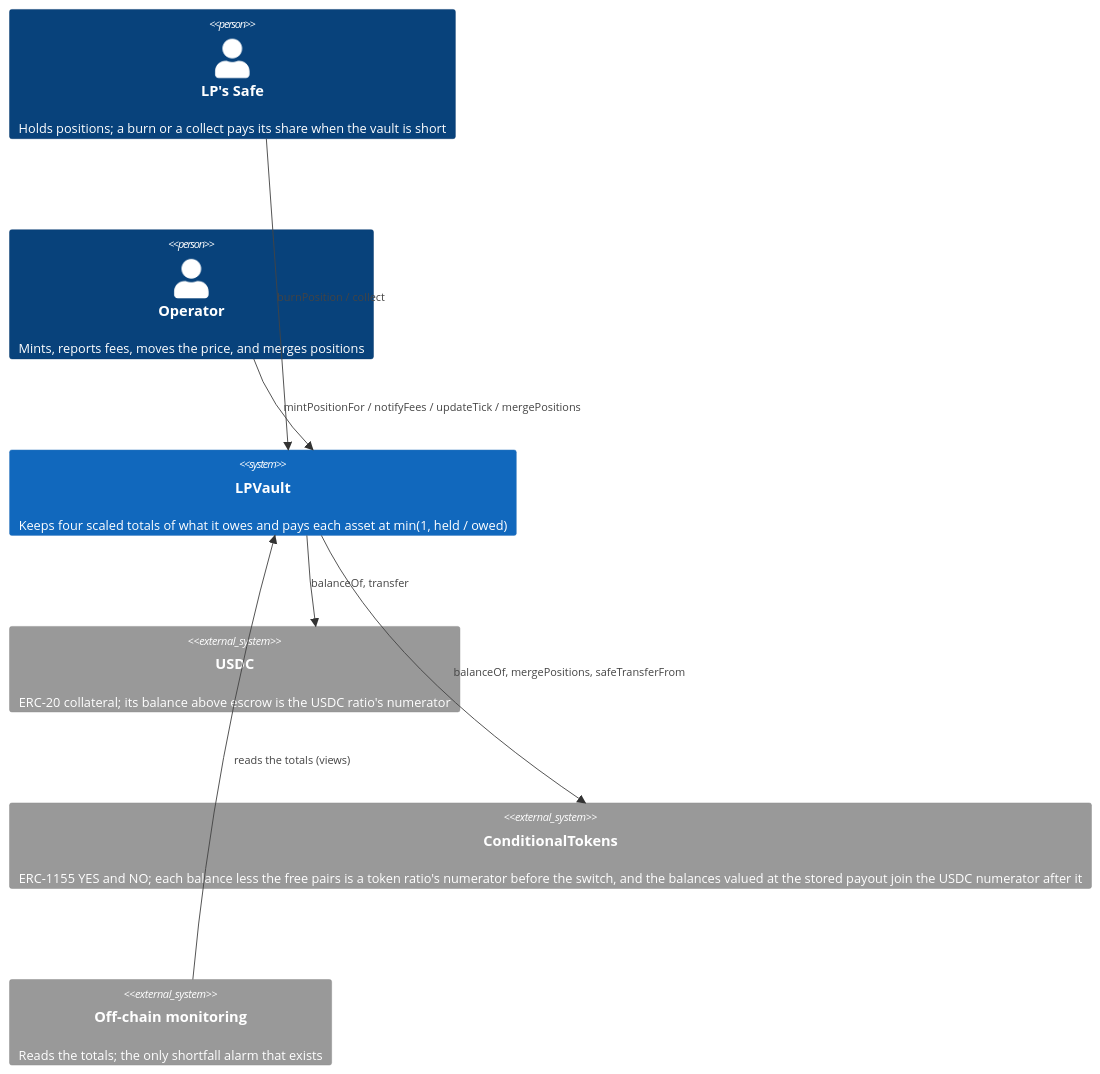
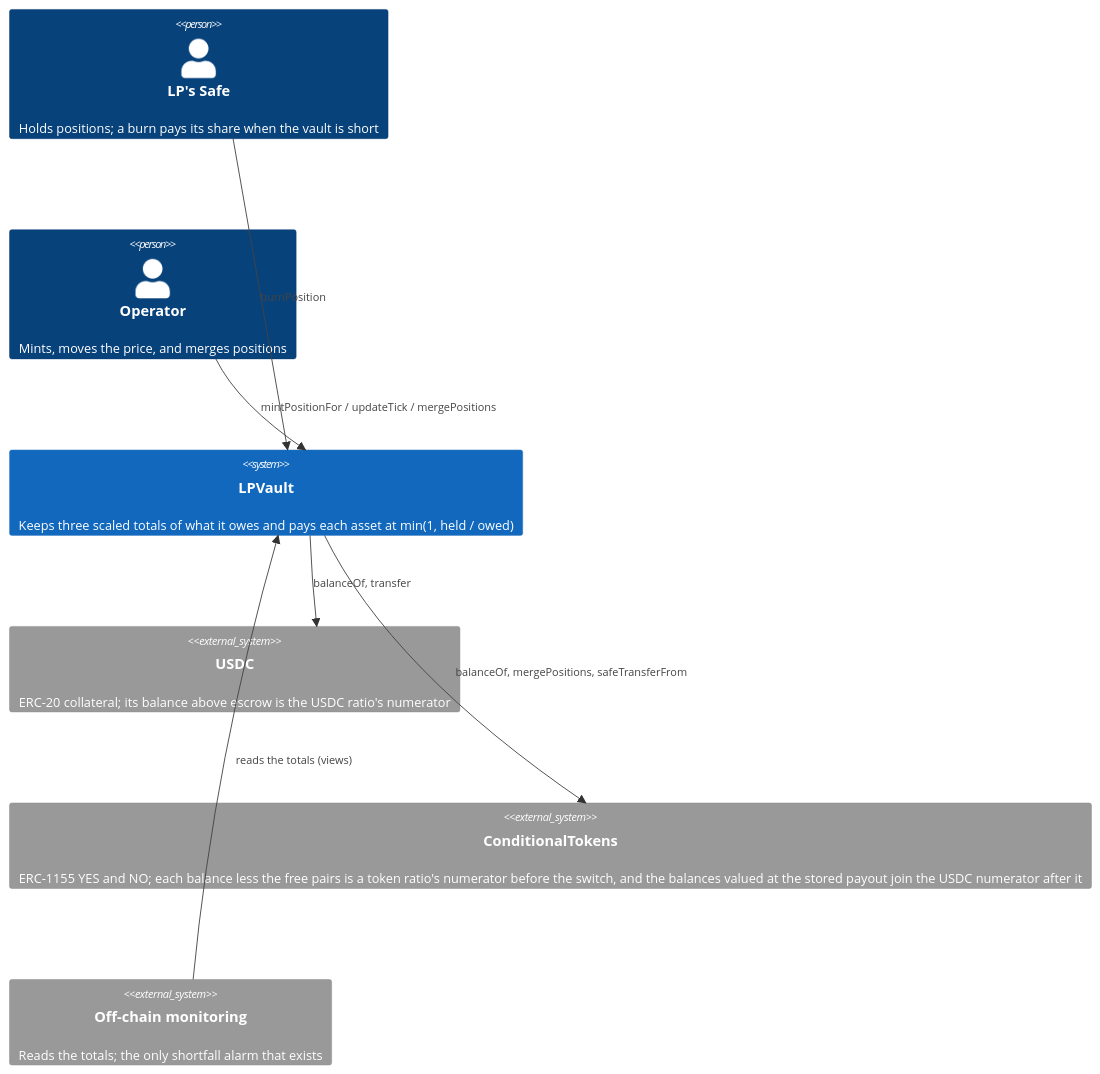
Before and after one commit to ProphetMarket/lp-vaults: the first of 4 diagrams in specs/features/contracts/FEAT-9BQZ-vault-solvency-ledger/ARCHITECTURE.md, drawn with Mermaid. The commit also changed other lines of this file and 73 other files, not shown here.

````diff
--- a/specs/features/contracts/FEAT-9BQZ-vault-solvency-ledger/ARCHITECTURE.md
+++ b/specs/features/contracts/FEAT-9BQZ-vault-solvency-ledger/ARCHITECTURE.md
@@ -13,15 +13,15 @@
 ```mermaid
 C4Context
-    Person(lp, "LP's Safe", "Holds positions; a burn or a collect pays its share when the vault is short")
-    Person(operator, "Operator", "Mints, reports fees, moves the price, and merges positions")
-    System(vault, "LPVault", "Keeps four scaled totals of what it owes and pays each asset at min(1, held / owed)")
+    Person(lp, "LP's Safe", "Holds positions; a burn pays its share when the vault is short")
+    Person(operator, "Operator", "Mints, moves the price, and merges positions")
+    System(vault, "LPVault", "Keeps three scaled totals of what it owes and pays each asset at min(1, held / owed)")
     System_Ext(usdc, "USDC", "ERC-20 collateral; its balance above escrow is the USDC ratio's numerator")
     System_Ext(ct, "ConditionalTokens", "ERC-1155 YES and NO; each balance less the free pairs is a token ratio's numerator before the switch, and the balances valued at the stored payout join the USDC numerator after it")
     System_Ext(monitor, "Off-chain monitoring", "Reads the totals; the only shortfall alarm that exists")
 
-    Rel(lp, vault, "burnPosition / collect")
-    Rel(operator, vault, "mintPositionFor / notifyFees / updateTick / mergePositions")
+    Rel(lp, vault, "burnPosition")
+    Rel(operator, vault, "mintPositionFor / updateTick / mergePositions")
     Rel(vault, usdc, "balanceOf, transfer")
     Rel(vault, ct, "balanceOf, mergePositions, safeTransferFrom")
     Rel(monitor, vault, "reads the totals (views)")
 ```
````
